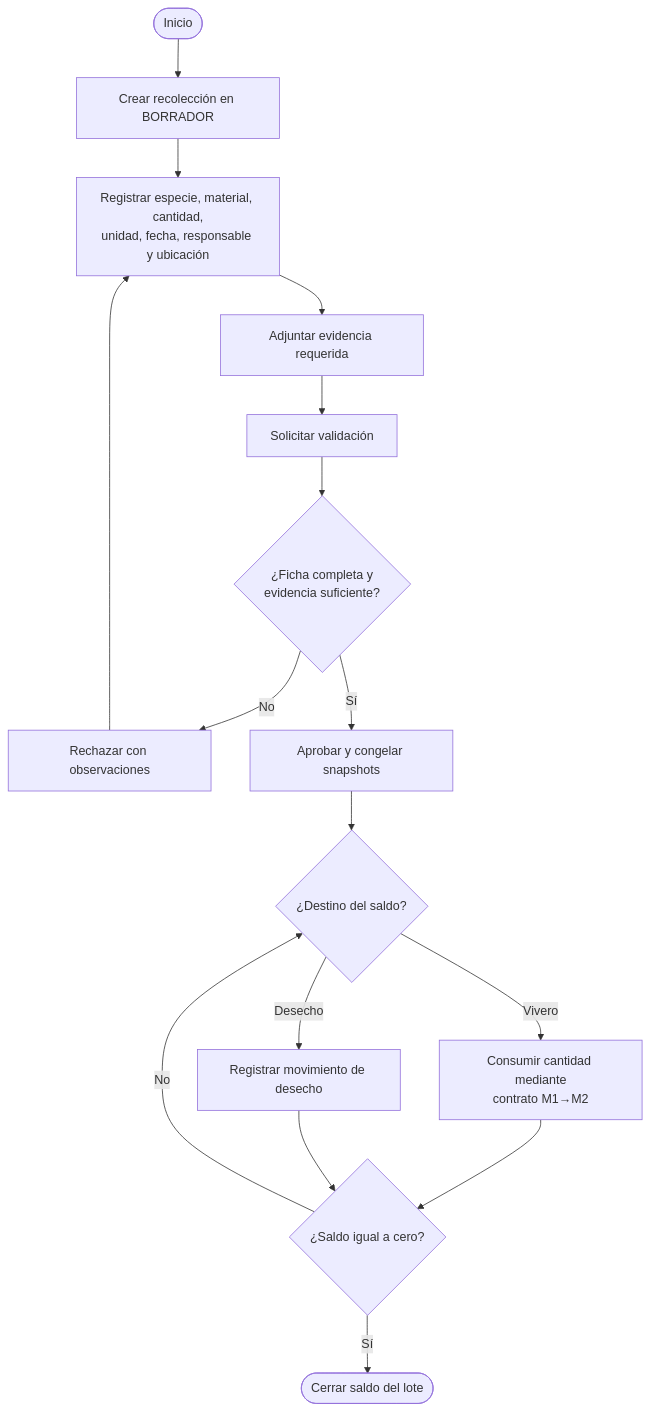
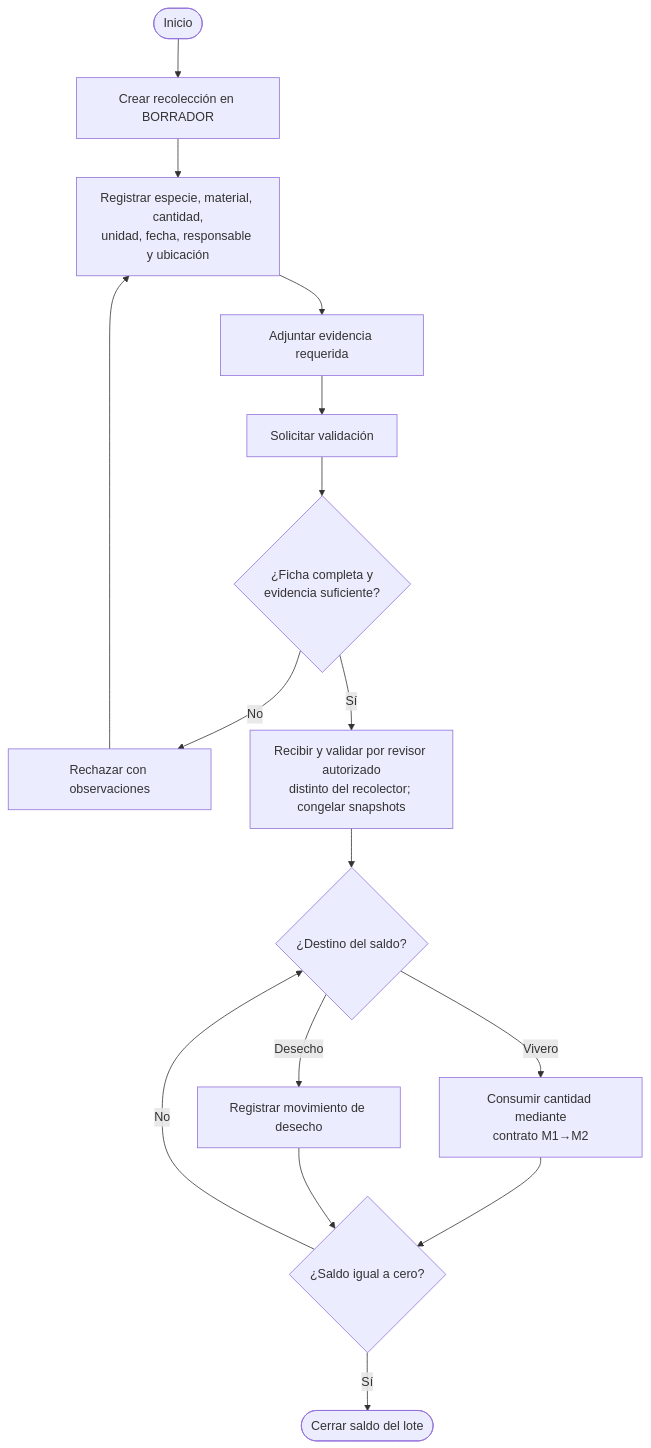
Before and after one commit to R3foresta/r3foresta-docs: the tenth of 18 diagrams in documentacion-grado/06_entregables/proyecto_grado/03_2_fase_elaboracion.md, drawn with Mermaid. The commit also changed other lines of this file and 672 other files, not shown here.

````diff
--- a/documentacion-grado/06_entregables/proyecto_grado/03_2_fase_elaboracion.md
+++ b/documentacion-grado/06_entregables/proyecto_grado/03_2_fase_elaboracion.md
@@ -498,18 +529,18 @@
 ```mermaid
-flowchart TD
+flowchart TB
   I([Inicio]) --> B[Crear recolección en BORRADOR]
   B --> D[Registrar especie, material, cantidad,<br/>unidad, fecha, responsable y ubicación]
   D --> E[Adjuntar evidencia requerida]
   E --> S[Solicitar validación]
   S --> C{¿Ficha completa y<br/>evidencia suficiente?}
   C -- No --> R[Rechazar con observaciones]
   R --> D
-  C -- Sí --> V[Aprobar y congelar snapshots]
+  C -- Sí --> V[Recibir y validar por revisor autorizado<br/>distinto del recolector; congelar snapshots]
   V --> O{¿Destino del saldo?}
   O -- Vivero --> T[Consumir cantidad mediante<br/>contrato M1→M2]
   O -- Desecho --> X[Registrar movimiento de desecho]
   T --> Z{¿Saldo igual a cero?}
   X --> Z
   Z -- No --> O
   Z -- Sí --> F([Cerrar saldo del lote])
 ```
````
